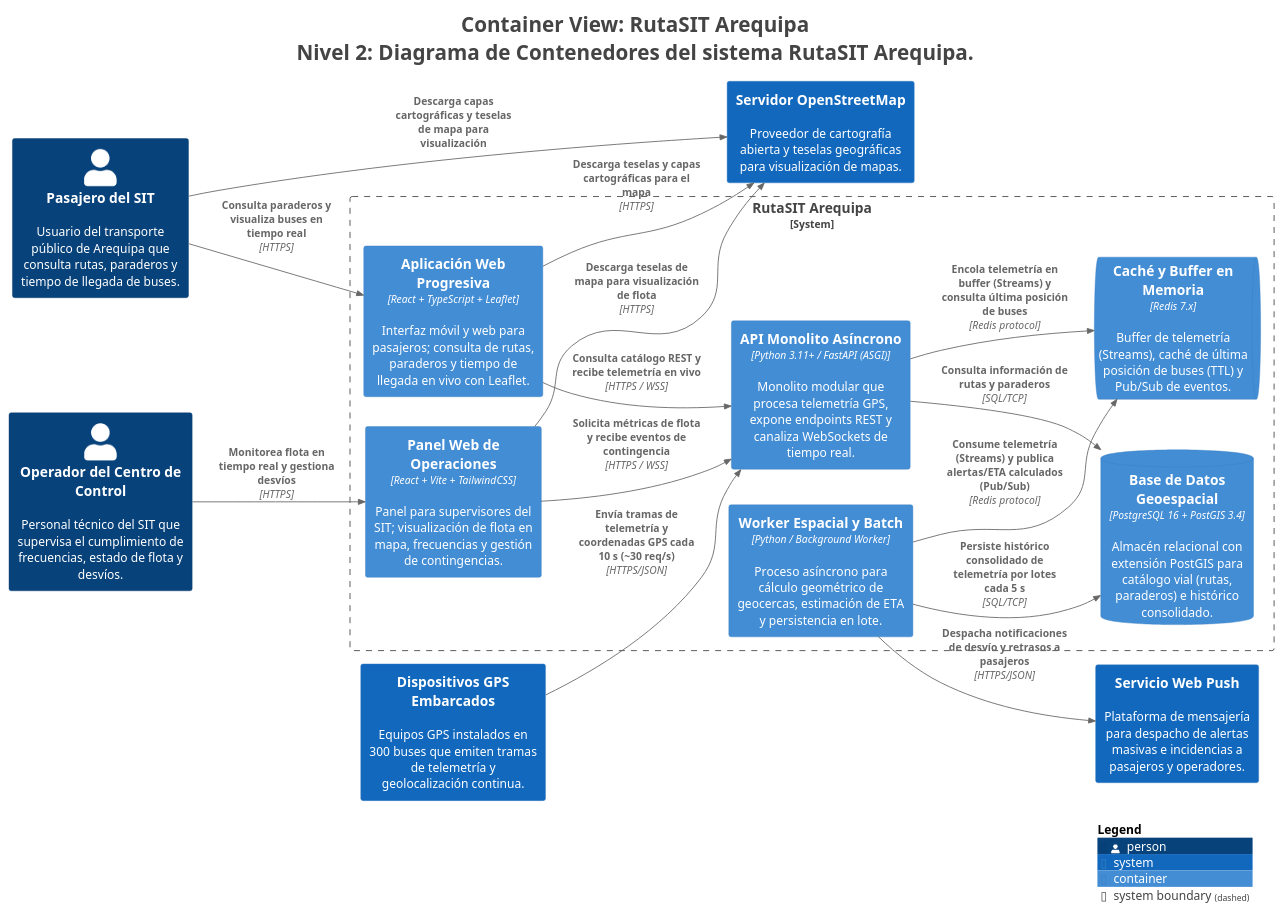
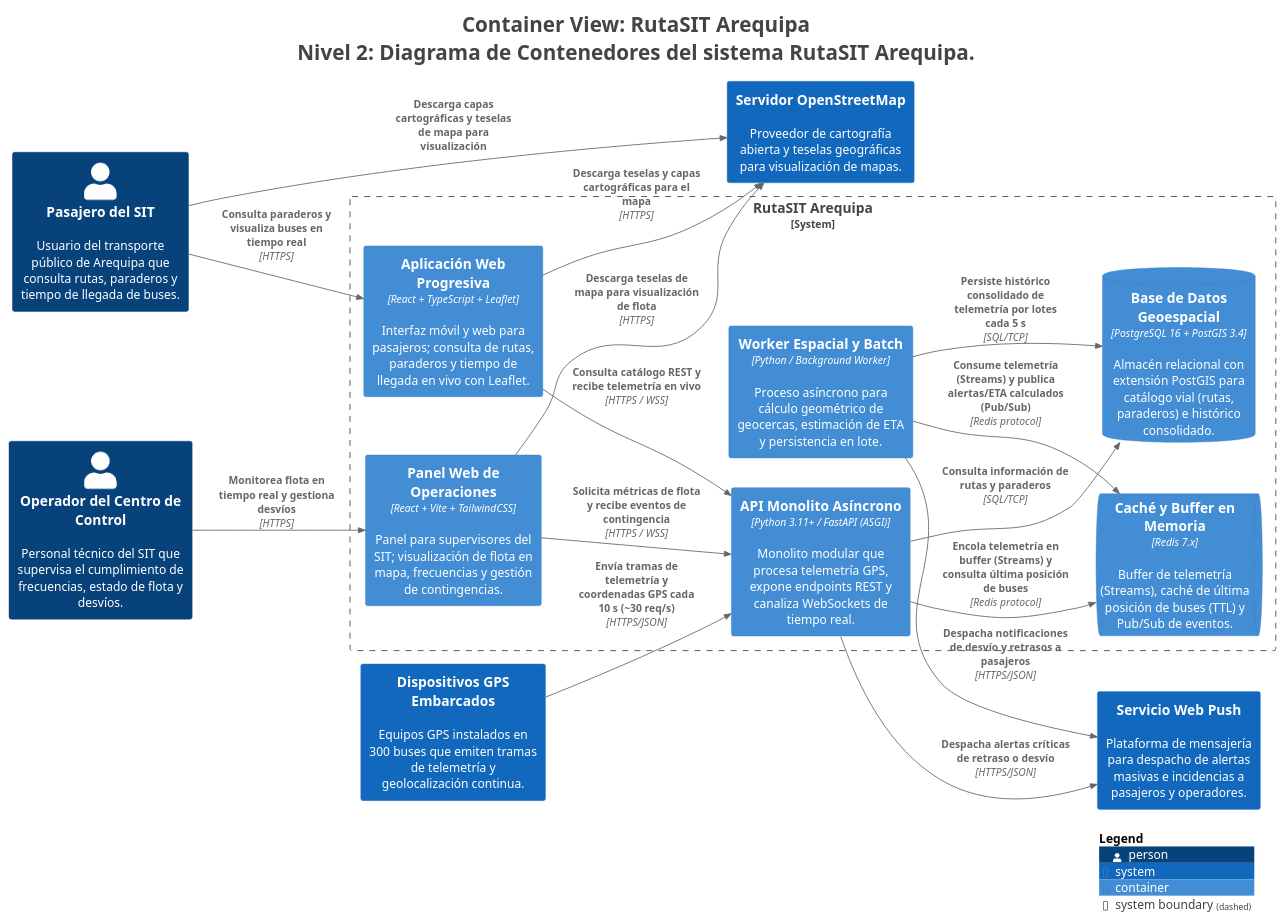
Before and after one commit to AndersonLinoArceValencia/cs-2026b-lab04-grupo06: the diagram in docs/architecture/c4/export/structurizr-Contenedores.puml, drawn with PlantUML. The commit also changed 6 other files, not shown here.

```diff
--- a/docs/architecture/c4/export/structurizr-Contenedores.puml
+++ b/docs/architecture/c4/export/structurizr-Contenedores.puml
@@ -1,49 +1,50 @@
 @startuml
 title <size:24>Container View: RutaSIT Arequipa</size>\n<size:24>Nivel 2: Diagrama de Contenedores del sistema RutaSIT Arequipa.</size>
 
 set separator none
 left to right direction
 
 <style>
   root {
     BackgroundColor: #ffffff
     FontColor: #444444
   }
 </style>
 
 !include <C4/C4>
 !include <C4/C4_Context>
 !include <C4/C4_Container>
 
 Person(PasajerodelSIT, "Pasajero del SIT", $descr="Usuario del transporte público de Arequipa que consulta rutas, paraderos y tiempo de llegada de buses.", $tags="", $link="")
 Person(OperadordelCentrodeControl, "Operador del Centro de Control", $descr="Personal técnico del SIT que supervisa el cumplimiento de frecuencias, estado de flota y desvíos.", $tags="", $link="")
 System(DispositivosGPSEmbarcados, "Dispositivos GPS Embarcados", $descr="Equipos GPS instalados en 300 buses que emiten tramas de telemetría y geolocalización continua.", $tags="", $link="")
 System(ServidorOpenStreetMap, "Servidor OpenStreetMap", $descr="Proveedor de cartografía abierta y teselas geográficas para visualización de mapas.", $tags="", $link="")
 System(ServicioWebPush, "Servicio Web Push", $descr="Plataforma de mensajería para despacho de alertas masivas e incidencias a pasajeros y operadores.", $tags="", $link="")
 
 System_Boundary("RutaSITArequipa_boundary", "RutaSIT Arequipa", $tags="") {
+  Container(RutaSITArequipa.WorkerEspacialyBatch, "Worker Espacial y Batch", $techn="Python / Background Worker", $descr="Proceso asíncrono para cálculo geométrico de geocercas, estimación de ETA y persistencia en lote.", $tags="", $link="")
+  ContainerQueue(RutaSITArequipa.CachéyBufferenMemoria, "Caché y Buffer en Memoria", $techn="Redis 7.x", $descr="Buffer de telemetría (Streams), caché de última posición de buses (TTL) y Pub/Sub de eventos.", $tags="", $link="")
+  ContainerDb(RutaSITArequipa.BasedeDatosGeoespacial, "Base de Datos Geoespacial", $techn="PostgreSQL 16 + PostGIS 3.4", $descr="Almacén relacional con extensión PostGIS para catálogo vial (rutas, paraderos) e histórico consolidado.", $tags="", $link="")
   Container(RutaSITArequipa.AplicaciónWebProgresiva, "Aplicación Web Progresiva", $techn="React + TypeScript + Leaflet", $descr="Interfaz móvil y web para pasajeros; consulta de rutas, paraderos y tiempo de llegada en vivo con Leaflet.", $tags="", $link="")
   Container(RutaSITArequipa.PanelWebdeOperaciones, "Panel Web de Operaciones", $techn="React + Vite + TailwindCSS", $descr="Panel para supervisores del SIT; visualización de flota en mapa, frecuencias y gestión de contingencias.", $tags="", $link="")
   Container(RutaSITArequipa.APIMonolitoAsíncrono, "API Monolito Asíncrono", $techn="Python 3.11+ / FastAPI (ASGI)", $descr="Monolito modular que procesa telemetría GPS, expone endpoints REST y canaliza WebSockets de tiempo real.", $tags="", $link="")
-  Container(RutaSITArequipa.WorkerEspacialyBatch, "Worker Espacial y Batch", $techn="Python / Background Worker", $descr="Proceso asíncrono para cálculo geométrico de geocercas, estimación de ETA y persistencia en lote.", $tags="", $link="")
-  ContainerQueue(RutaSITArequipa.CachéyBufferenMemoria, "Caché y Buffer en Memoria", $techn="Redis 7.x", $descr="Buffer de telemetría (Streams), caché de última posición de buses (TTL) y Pub/Sub de eventos.", $tags="", $link="")
-  ContainerDb(RutaSITArequipa.BasedeDatosGeoespacial, "Base de Datos Geoespacial", $techn="PostgreSQL 16 + PostGIS 3.4", $descr="Almacén relacional con extensión PostGIS para catálogo vial (rutas, paraderos) e histórico consolidado.", $tags="", $link="")
 }
 
 Rel(PasajerodelSIT, ServidorOpenStreetMap, "Descarga capas cartográficas y teselas de mapa para visualización", $techn="", $tags="", $link="")
 Rel(PasajerodelSIT, RutaSITArequipa.AplicaciónWebProgresiva, "Consulta paraderos y visualiza buses en tiempo real", $techn="HTTPS", $tags="", $link="")
 Rel(OperadordelCentrodeControl, RutaSITArequipa.PanelWebdeOperaciones, "Monitorea flota en tiempo real y gestiona desvíos", $techn="HTTPS", $tags="", $link="")
 Rel(RutaSITArequipa.AplicaciónWebProgresiva, RutaSITArequipa.APIMonolitoAsíncrono, "Consulta catálogo REST y recibe telemetría en vivo", $techn="HTTPS / WSS", $tags="", $link="")
 Rel(RutaSITArequipa.PanelWebdeOperaciones, RutaSITArequipa.APIMonolitoAsíncrono, "Solicita métricas de flota y recibe eventos de contingencia", $techn="HTTPS / WSS", $tags="", $link="")
 Rel(DispositivosGPSEmbarcados, RutaSITArequipa.APIMonolitoAsíncrono, "Envía tramas de telemetría y coordenadas GPS cada 10 s (~30 req/s)", $techn="HTTPS/JSON", $tags="", $link="")
 Rel(RutaSITArequipa.APIMonolitoAsíncrono, RutaSITArequipa.CachéyBufferenMemoria, "Encola telemetría en buffer (Streams) y consulta última posición de buses", $techn="Redis protocol", $tags="", $link="")
 Rel(RutaSITArequipa.APIMonolitoAsíncrono, RutaSITArequipa.BasedeDatosGeoespacial, "Consulta información de rutas y paraderos", $techn="SQL/TCP", $tags="", $link="")
 Rel(RutaSITArequipa.WorkerEspacialyBatch, RutaSITArequipa.CachéyBufferenMemoria, "Consume telemetría (Streams) y publica alertas/ETA calculados (Pub/Sub)", $techn="Redis protocol", $tags="", $link="")
 Rel(RutaSITArequipa.WorkerEspacialyBatch, RutaSITArequipa.BasedeDatosGeoespacial, "Persiste histórico consolidado de telemetría por lotes cada 5 s", $techn="SQL/TCP", $tags="", $link="")
 Rel(RutaSITArequipa.WorkerEspacialyBatch, ServicioWebPush, "Despacha notificaciones de desvío y retrasos a pasajeros", $techn="HTTPS/JSON", $tags="", $link="")
 Rel(RutaSITArequipa.AplicaciónWebProgresiva, ServidorOpenStreetMap, "Descarga teselas y capas cartográficas para el mapa", $techn="HTTPS", $tags="", $link="")
 Rel(RutaSITArequipa.PanelWebdeOperaciones, ServidorOpenStreetMap, "Descarga teselas de mapa para visualización de flota", $techn="HTTPS", $tags="", $link="")
+Rel(RutaSITArequipa.APIMonolitoAsíncrono, ServicioWebPush, "Despacha alertas críticas de retraso o desvío", $techn="HTTPS/JSON", $tags="", $link="")
 
 SHOW_LEGEND(true)
 hide stereotypes
 @enduml
```
